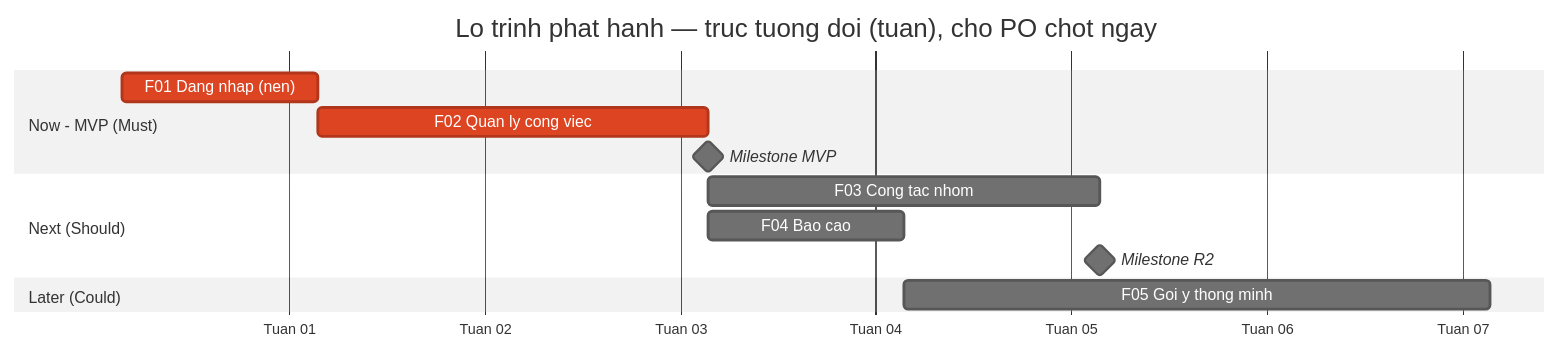
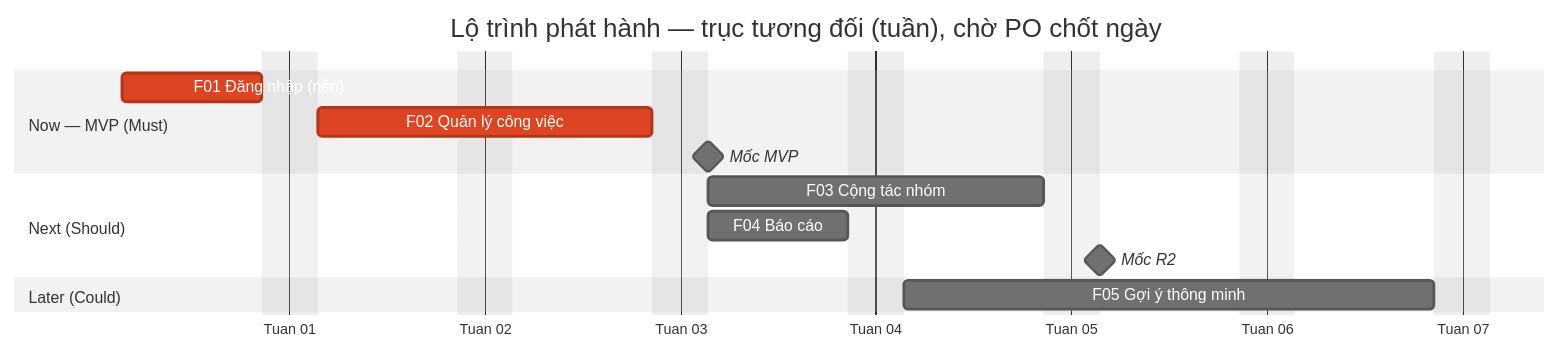
The first of 2 diagrams in .claude/skills/ba-discover/assets/roadmap-template.md (nghikc/veriline), drawn with Mermaid (neutral theme) before and after one commit. The commit also changed other lines of this file and 77 other files, not shown here.

Commit message:
feat(release): dong bo tu repo phat trien — goi Advance, bang chuyen trang thai, check-flow/check-state, gantt, nguon Figma, prototype, tang anh ac-audit-web (xuat tu ceeeac7)

````diff
--- a/.claude/skills/ba-discover/assets/roadmap-template.md
+++ b/.claude/skills/ba-discover/assets/roadmap-template.md
@@ -45,19 +45,21 @@
 ```mermaid
 gantt
-    title Lo trinh phat hanh — truc tuong doi (tuan), cho PO chot ngay
+    title Lộ trình phát hành — trục tương đối (tuần), chờ PO chốt ngày
     dateFormat  YYYY-MM-DD
     axisFormat  Tuan %W
+    excludes    weekends
+    %% Số ngày = ngày làm (5d = 1 tuần). Người làm (không bắt buộc) ghi sau " · " trong tên — vd F01 Đăng nhập · Dev 1
 
-    section Now - MVP (Must)
-    F01 Dang nhap (nen)    :crit, f01, 2026-01-05, 1w
-    F02 Quan ly cong viec  :crit, f02, after f01, 2w
-    Milestone MVP          :milestone, m1, after f02, 0d
+    section Now — MVP (Must)
+    F01 Đăng nhập (nền)    :crit, f01, 2026-01-05, 5d
+    F02 Quản lý công việc  :crit, f02, after f01, 10d
+    Mốc MVP                :milestone, m1, after f02, 0d
 
     section Next (Should)
-    F03 Cong tac nhom      :f03, after f02, 2w
-    F04 Bao cao            :f04, after f02, 1w
-    Milestone R2           :milestone, m2, after f03, 0d
+    F03 Cộng tác nhóm      :f03, after f02, 10d
+    F04 Báo cáo            :f04, after f02, 5d
+    Mốc R2                 :milestone, m2, after f03, 0d
 
     section Later (Could)
-    F05 Goi y thong minh   :f05, after f04, 3w
+    F05 Gợi ý thông minh   :f05, after f04, 15d
 ```
````
